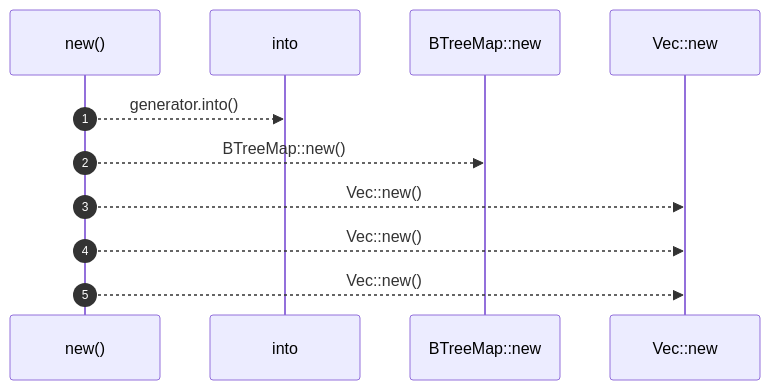
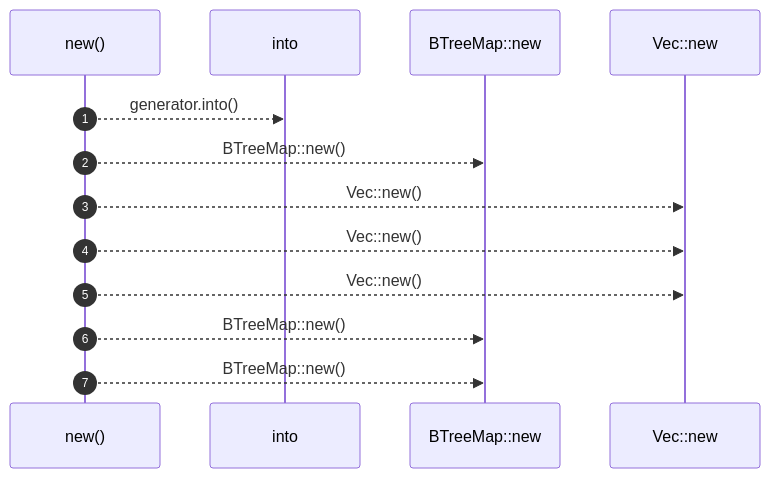
The first of 10 diagrams in docs/self-model/robby_ir/model/impl-document.md (RyanGuild/self-describing-code), drawn with Mermaid before and after one commit. The commit also changed other lines of this file and 747 other files, not shown here.

````diff
--- a/docs/self-model/robby_ir/model/impl-document.md
+++ b/docs/self-model/robby_ir/model/impl-document.md
@@ -269,13 +348,15 @@
 ```mermaid
 sequenceDiagram
     autonumber
     participant new as new()
     participant into as into
     participant BTreeMap__new as BTreeMap::new
     participant Vec__new as Vec::new
     new-->>into: generator.into()
     new-->>BTreeMap__new: BTreeMap::new()
     new-->>Vec__new: Vec::new()
     new-->>Vec__new: Vec::new()
     new-->>Vec__new: Vec::new()
+    new-->>BTreeMap__new: BTreeMap::new()
+    new-->>BTreeMap__new: BTreeMap::new()
 ```
````
